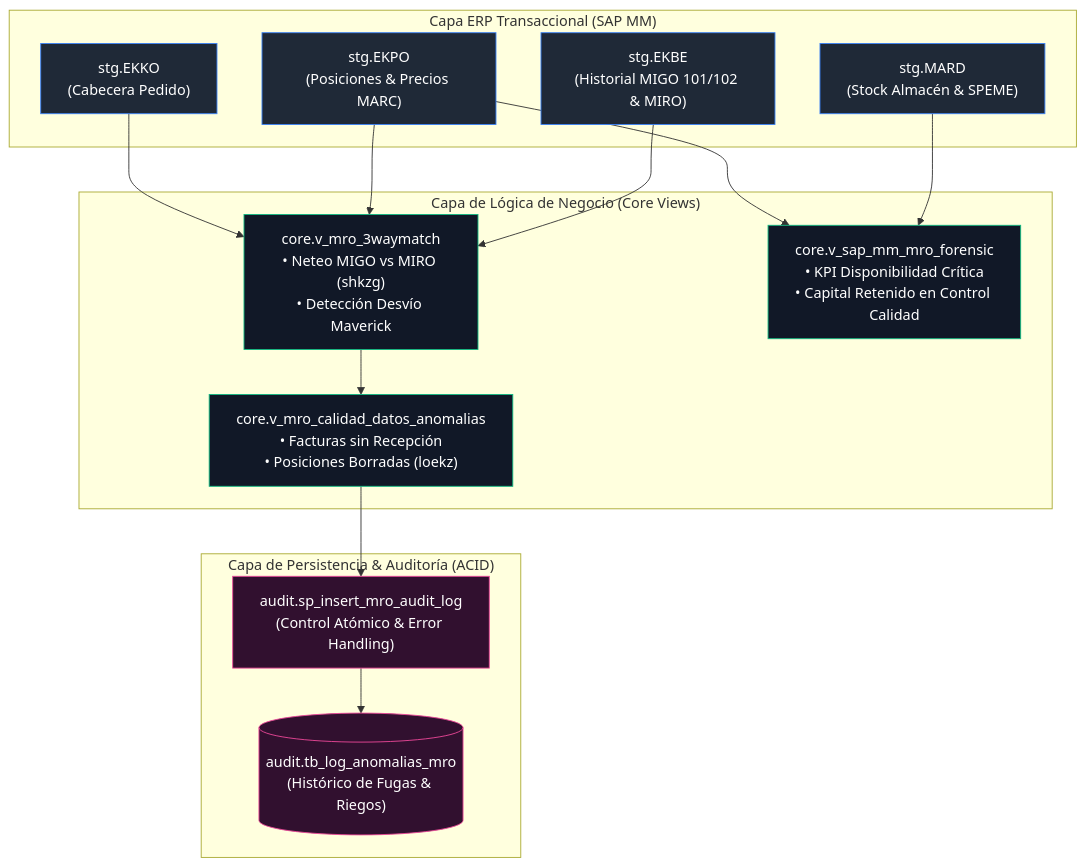
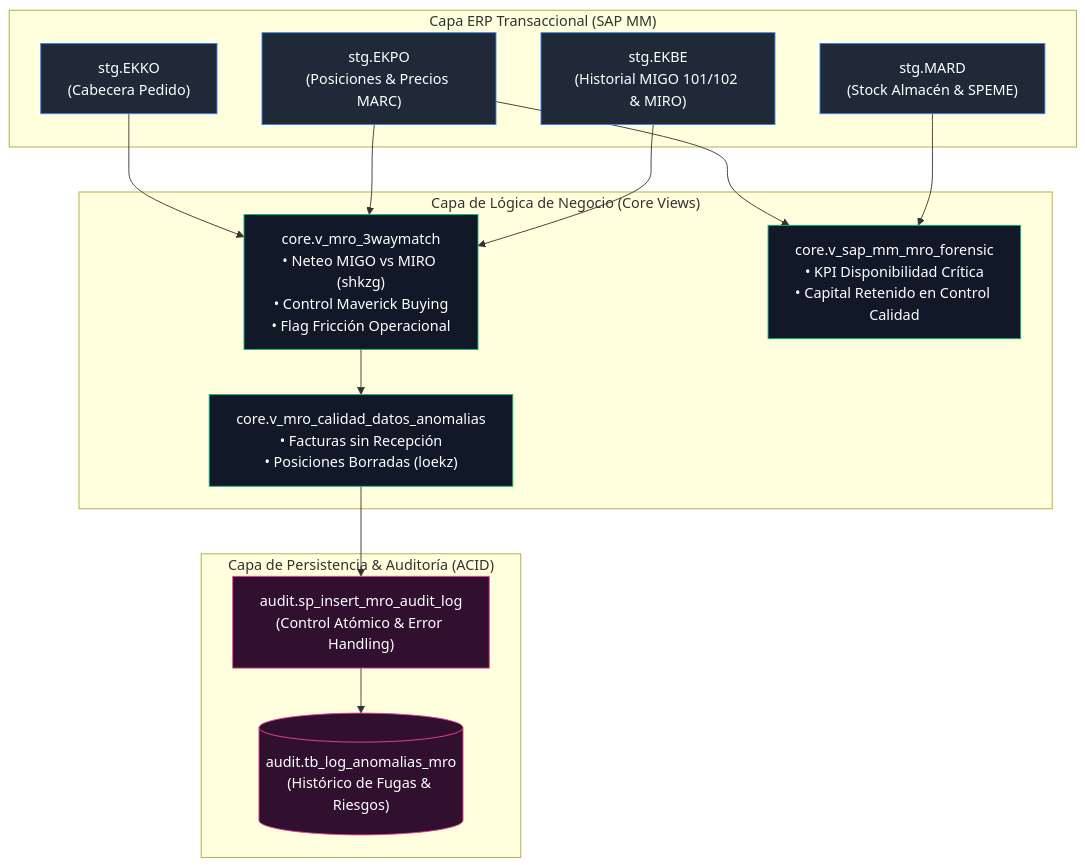
Before and after one commit to ObedFermin/MiningMRO_Engine: the diagram in README.MD, drawn with Mermaid. The commit also changed other lines of this file and 1 other file, not shown here.

````diff
--- a/README.MD
+++ b/README.MD
@@ -52,36 +57,36 @@
 ```mermaid
 graph TD
     subgraph SAP_ERP ["Capa ERP Transaccional (SAP MM)"]
         EKKO["stg.EKKO<br/>(Cabecera Pedido)"]
         EKPO["stg.EKPO<br/>(Posiciones & Precios MARC)"]
         EKBE["stg.EKBE<br/>(Historial MIGO 101/102 & MIRO)"]
         MARD["stg.MARD<br/>(Stock Almacén & SPEME)"]
     end
 
     subgraph CORE_LAYER ["Capa de Lógica de Negocio (Core Views)"]
-        V3WAY["core.v_mro_3waymatch<br/>• Neteo MIGO vs MIRO (shkzg)<br/>• Detección Desvío Maverick"]
+        V3WAY["core.v_mro_3waymatch<br/>• Neteo MIGO vs MIRO (shkzg)<br/>• Control Maverick Buying<br/>• Flag Fricción Operacional"]
         VFORENSIC["core.v_sap_mm_mro_forensic<br/>• KPI Disponibilidad Crítica<br/>• Capital Retenido en Control Calidad"]
         VANOMALIES["core.v_mro_calidad_datos_anomalias<br/>• Facturas sin Recepción<br/>• Posiciones Borradas (loekz)"]
     end
 
     subgraph AUDIT_LAYER ["Capa de Persistencia & Auditoría (ACID)"]
         PROC["audit.sp_insert_mro_audit_log<br/>(Control Atómico & Error Handling)"]
-        TABLE_LOG[("audit.tb_log_anomalias_mro<br/>(Histórico de Fugas & Riegos)")]
+        TABLE_LOG[("audit.tb_log_anomalias_mro<br/>(Histórico de Fugas & Riesgos)")]
     end
 
     EKKO --> V3WAY
     EKPO --> V3WAY
     EKBE --> V3WAY
     EKPO --> VFORENSIC
     MARD --> VFORENSIC
     V3WAY --> VANOMALIES
     VANOMALIES --> PROC
     PROC --> TABLE_LOG
 
     classDef erp fill:#1f2937,stroke:#3b82f6,stroke-width:1px,color:#fff;
     classDef core fill:#111827,stroke:#10b981,stroke-width:1px,color:#fff;
     classDef audit fill:#31102f,stroke:#ec4899,stroke-width:1px,color:#fff;
     class EKKO,EKPO,EKBE,MARD erp;
     class V3WAY,VFORENSIC,VANOMALIES core;
     class PROC,TABLE_LOG audit;
 ```
````
